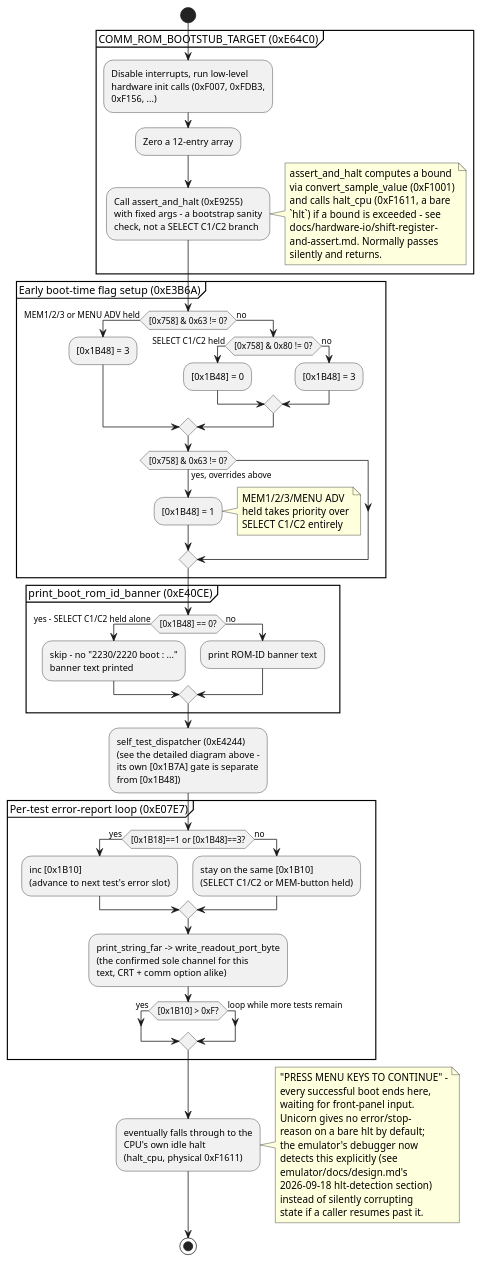
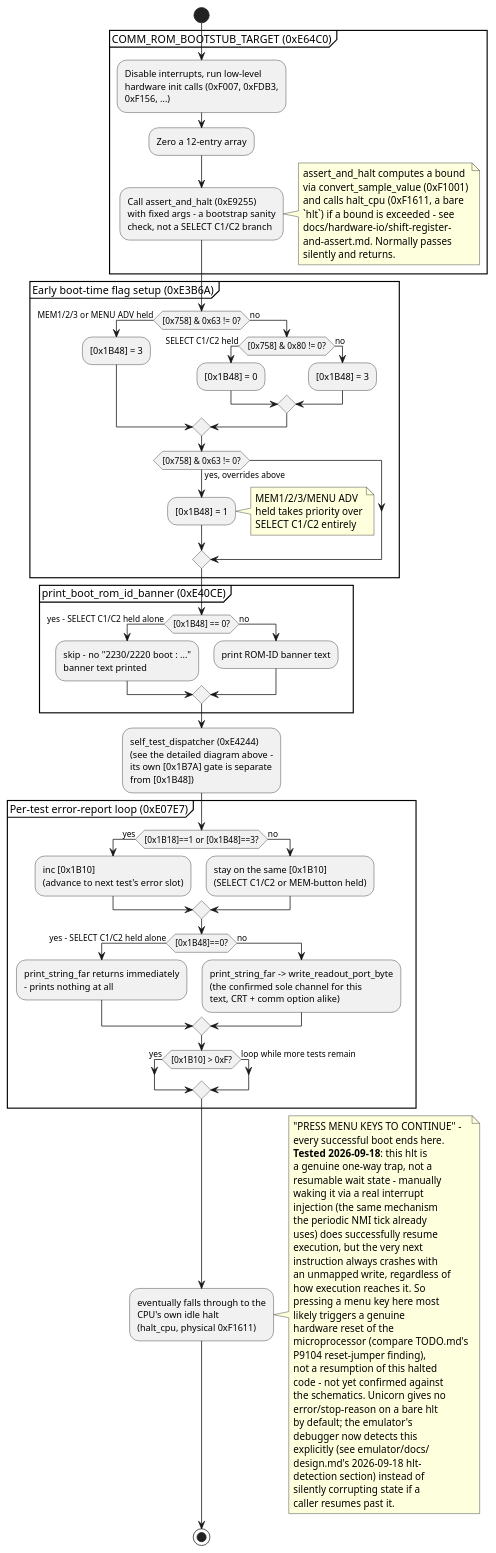
Before and after one commit to Mwwhited-BookLearning/tektronix-2230: the sixth of 6 diagrams in JUMP_MAP.md, drawn with PlantUML. The commit also changed other lines of this file and 5 other files, not shown here.

```diff
--- a/JUMP_MAP.md
+++ b/JUMP_MAP.md
@@ -245,7 +245,11 @@
   else (no)
     :stay on the same [0x1B10]\n(SELECT C1/C2 or MEM-button held);
   endif
-  :print_string_far -> write_readout_port_byte\n(the confirmed sole channel for this\ntext, CRT + comm option alike);
+  if ([0x1B48]==0?) then (yes - SELECT C1/C2 held alone)
+    :print_string_far returns immediately\n- prints nothing at all;
+  else (no)
+    :print_string_far -> write_readout_port_byte\n(the confirmed sole channel for this\ntext, CRT + comm option alike);
+  endif
   if ([0x1B10] > 0xF?) then (yes)
   else (loop while more tests remain)
   endif
@@ -254,16 +258,34 @@
 :eventually falls through to the\nCPU's own idle halt\n(halt_cpu, physical 0xF1611);
 note right
   "PRESS MENU KEYS TO CONTINUE" -
-  every successful boot ends here,
-  waiting for front-panel input.
-  Unicorn gives no error/stop-
-  reason on a bare hlt by default;
-  the emulator's debugger now
-  detects this explicitly (see
-  emulator/docs/design.md's
-  2026-09-18 hlt-detection section)
-  instead of silently corrupting
-  state if a caller resumes past it.
+  every successful boot ends here.
+  **Tested 2026-09-18**: this hlt is
+  a genuine one-way trap, not a
+  resumable wait state - manually
+  waking it via a real interrupt
+  injection (the same mechanism
+  the periodic NMI tick already
+  uses) does successfully resume
+  execution, but the very next
+  instruction always crashes with
+  an unmapped write, regardless of
+  how execution reaches it. So
+  pressing a menu key here most
+  likely triggers a genuine
+  hardware reset of the
+  microprocessor (compare TODO.md's
+  P9104 reset-jumper finding),
+  not a resumption of this halted
+  code - not yet confirmed against
+  the schematics. Unicorn gives no
+  error/stop-reason on a bare hlt
+  by default; the emulator's
+  debugger now detects this
+  explicitly (see emulator/docs/
+  design.md's 2026-09-18 hlt-
+  detection section) instead of
+  silently corrupting state if a
+  caller resumes past it.
 end note
 
 stop
```
